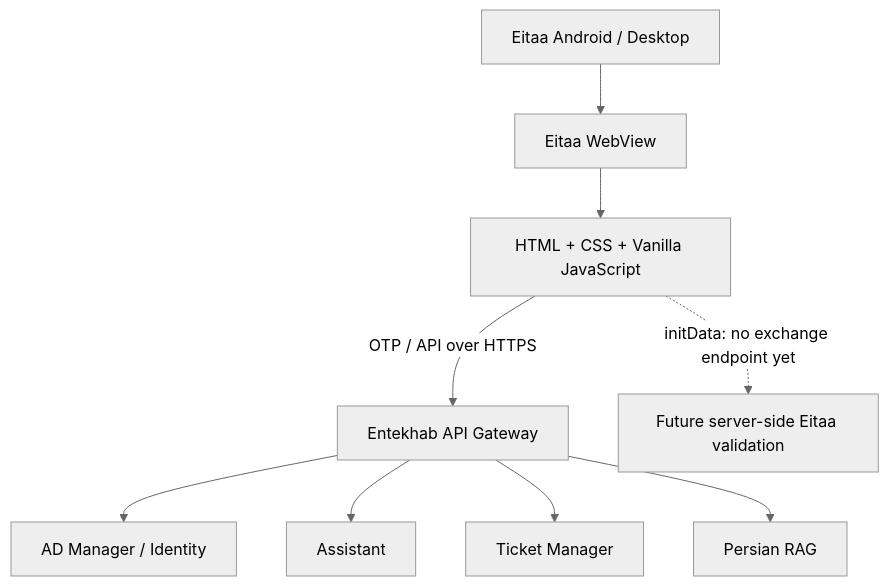
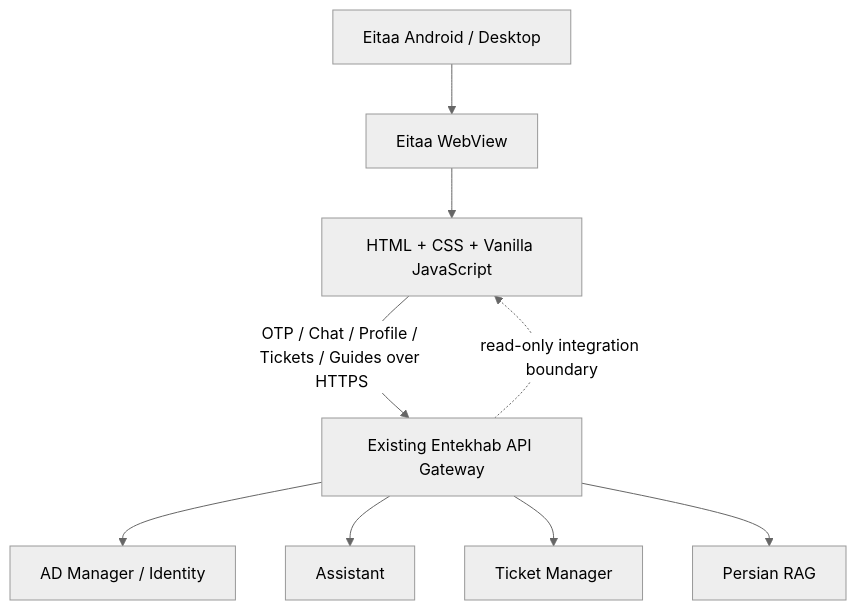
Before and after one commit to alishiri461/Entekhab-Eitaa-MiniApp: the diagram in docs/ARCHITECTURE.md, drawn with Mermaid (neutral theme). The commit also changed other lines of this file, not shown here.

Commit message:
docs(eitaa): align architecture with existing gateway auth contract

````diff
--- a/docs/ARCHITECTURE.md
+++ b/docs/ARCHITECTURE.md
@@ -14,11 +14,11 @@
 ```mermaid
 flowchart TD
   E[Eitaa Android / Desktop] --> W[Eitaa WebView]
   W --> UI[HTML + CSS + Vanilla JavaScript]
-  UI -->|OTP / API over HTTPS| GW[Entekhab API Gateway]
+  UI -->|OTP / Chat / Profile / Tickets / Guides over HTTPS| GW[Existing Entekhab API Gateway]
   GW --> ID[AD Manager / Identity]
   GW --> AS[Assistant]
   GW --> TK[Ticket Manager]
   GW --> RAG[Persian RAG]
-  UI -.->|initData: no exchange endpoint yet| FUTURE[Future server-side Eitaa validation]
+  GW -.->|read-only integration boundary| UI
 ```
````
